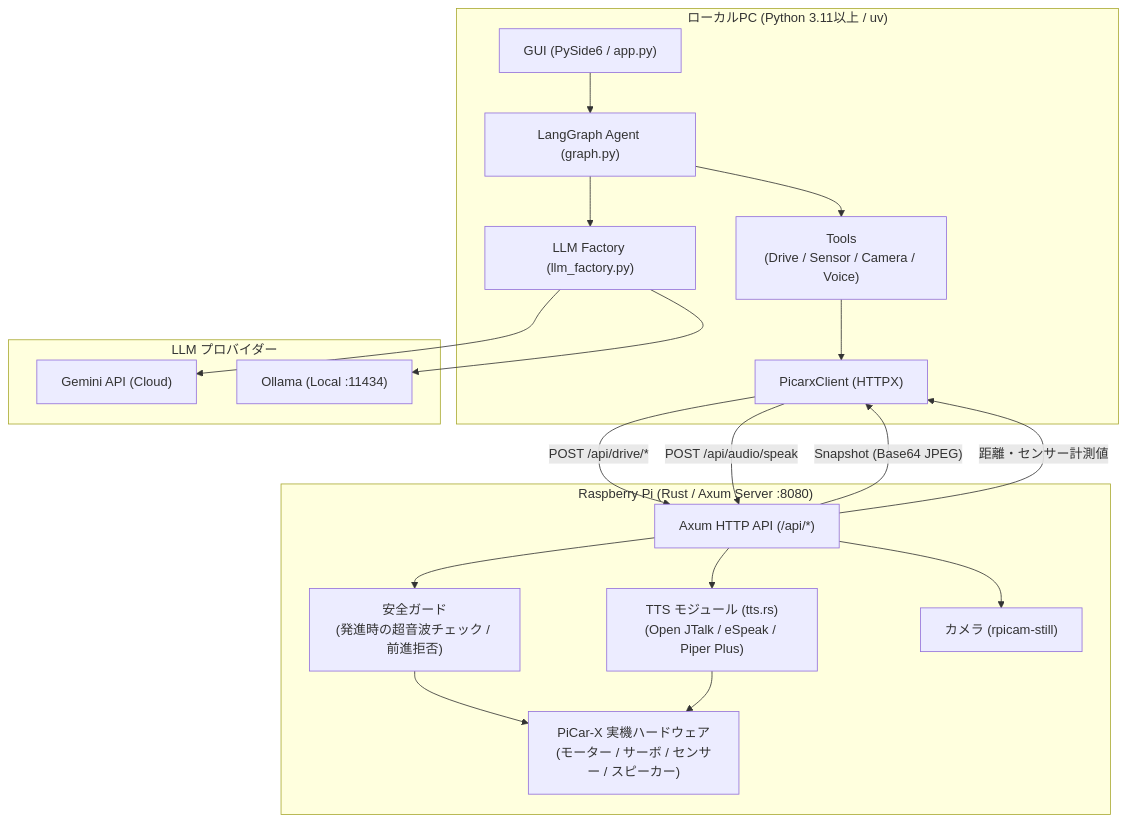
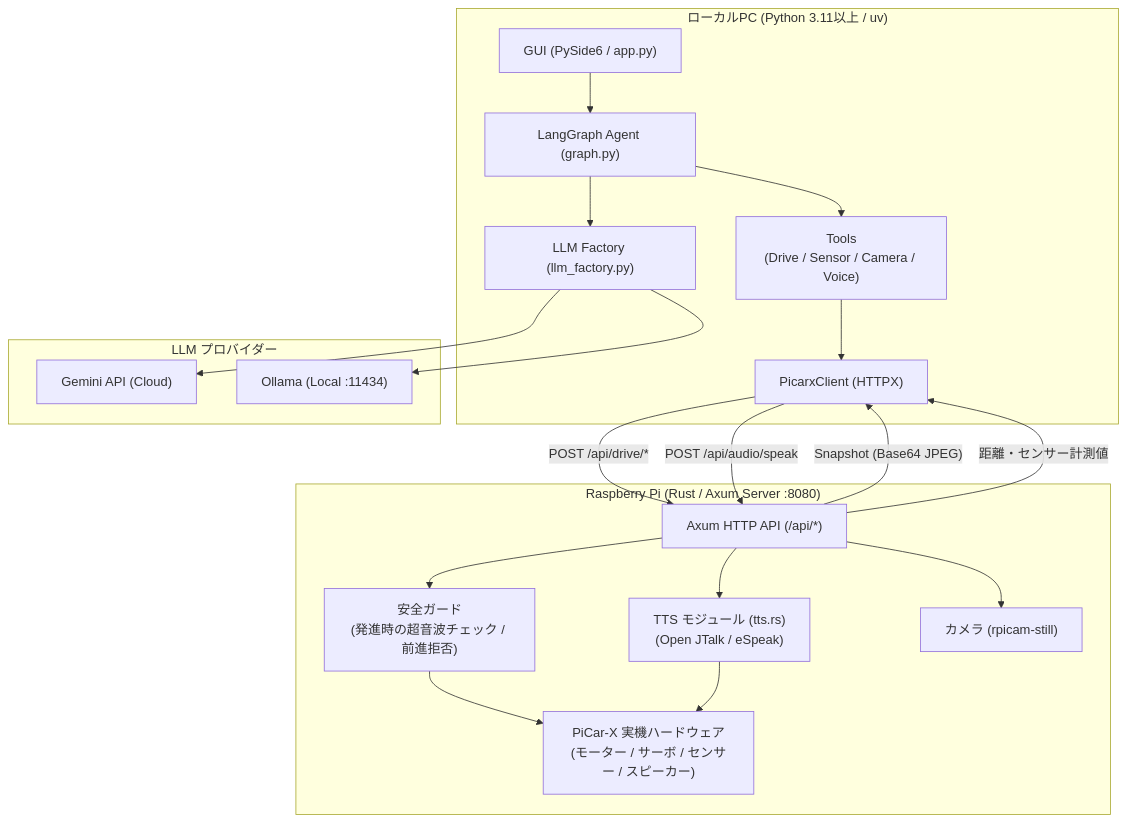
The diagram in APPLICATION_SPECIFICATION.md (Yuyta/E2E_Driving_PicarX_rspi), drawn with Mermaid before and after one commit. The commit also changed other lines of this file and 32 other files, not shown here.

````diff
--- a/APPLICATION_SPECIFICATION.md
+++ b/APPLICATION_SPECIFICATION.md
@@ -24,39 +24,39 @@
 ```mermaid
 flowchart TD
     subgraph PC["ローカルPC (Python 3.11以上 / uv)"]
         UI["GUI (PySide6 / app.py)"]
         Graph["LangGraph Agent (graph.py)"]
         Tools["Tools<br>(Drive / Sensor / Camera / Voice)"]
         Client["PicarxClient (HTTPX)"]
         LLMFactory["LLM Factory (llm_factory.py)"]
     end
 
     subgraph LLM["LLM プロバイダー"]
         Gemini["Gemini API (Cloud)"]
         Ollama["Ollama (Local :11434)"]
     end
 
     subgraph Pi["Raspberry Pi (Rust / Axum Server :8080)"]
         API["Axum HTTP API (/api/*)"]
         Safety["安全ガード<br>(発進時の超音波チェック / 前進拒否)"]
-        TTS["TTS モジュール (tts.rs)<br>(Open JTalk / eSpeak / Piper Plus)"]
+        TTS["TTS モジュール (tts.rs)<br>(Open JTalk / eSpeak)"]
         Cam["カメラ (rpicam-still)"]
         HW["PiCar-X 実機ハードウェア<br>(モーター / サーボ / センサー / スピーカー)"]
     end
 
     UI --> Graph
     Graph --> Tools
     Tools --> Client
     Graph --> LLMFactory
     LLMFactory --> Gemini & Ollama
 
     Client -- "POST /api/drive/*" --> API
     Client -- "POST /api/audio/speak" --> API
     API -- "Snapshot (Base64 JPEG)" --> Client
     API -- "距離・センサー計測値" --> Client
 
     API --> Safety
     Safety --> HW
     API --> TTS --> HW
     API --> Cam
 ```
````
